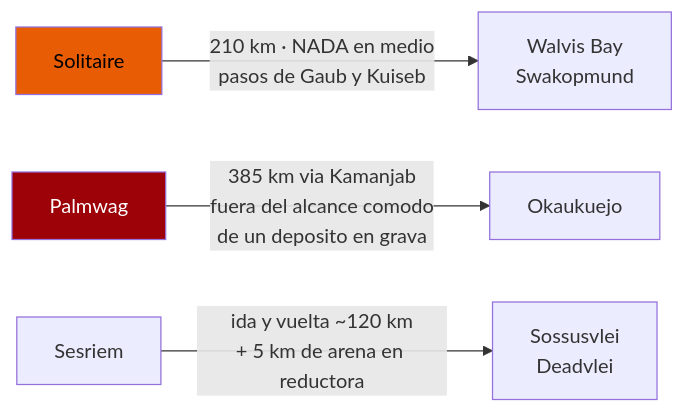
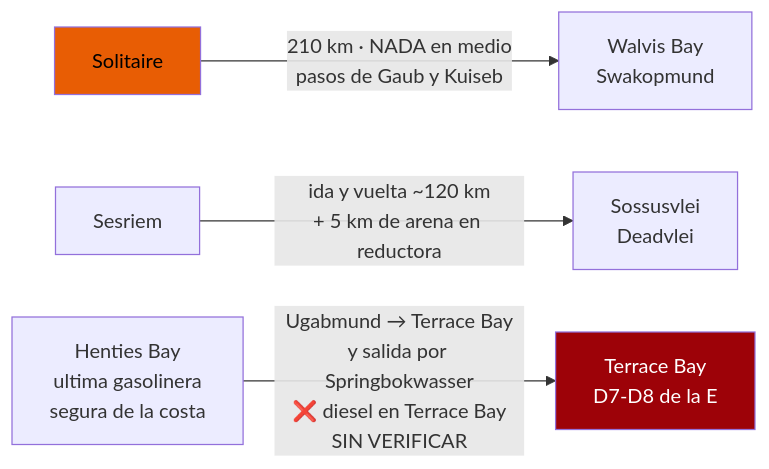
Before and after one commit to morandeirachema/namibia: the first of 2 diagrams in 07-logistica.md, drawn with Mermaid. The commit also changed other lines of this file and 3 other files, not shown here.

````diff
--- a/07-logistica.md
+++ b/07-logistica.md
@@ -112,8 +119,8 @@
 ```mermaid
 flowchart LR
     S["Solitaire"] -->|"210 km · NADA en medio<br/>pasos de Gaub y Kuiseb"| W["Walvis Bay<br/>Swakopmund"]
-    P["Palmwag"] -->|"385 km via Kamanjab<br/>fuera del alcance comodo<br/>de un deposito en grava"| O["Okaukuejo"]
     SE["Sesriem"] -->|"ida y vuelta ~120 km<br/>+ 5 km de arena en reductora"| D["Sossusvlei<br/>Deadvlei"]
+    H["Henties Bay<br/>ultima gasolinera<br/>segura de la costa"] -->|"Ugabmund → Terrace Bay<br/>y salida por Springbokwasser<br/>❌ diesel en Terrace Bay<br/>SIN VERIFICAR"| T["Terrace Bay<br/>D7-D8 de la E"]
     style S fill:#e85d04,color:#000
-    style P fill:#9d0208,color:#fff
+    style T fill:#9d0208,color:#fff
 ```
````
